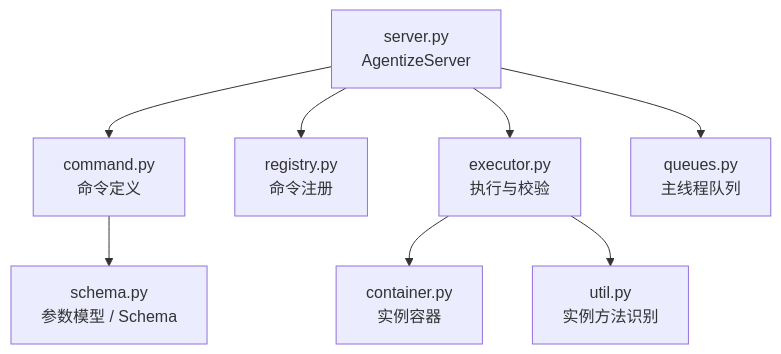
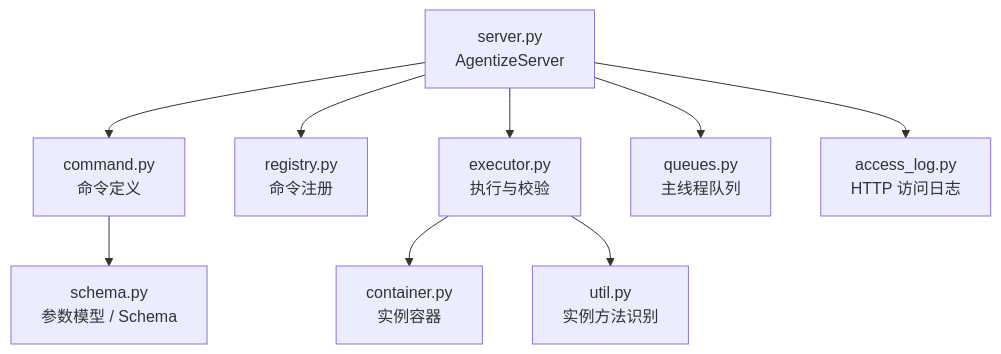
The diagram in docs/development.md (ewoaoo/agentize-bridge), drawn with Mermaid before and after one commit. The commit also changed other lines of this file and 7 other files, not shown here.

````diff
--- a/docs/development.md
+++ b/docs/development.md
@@ -21,10 +22,11 @@
 ```mermaid
 flowchart TD
     server["server.py<br/>AgentizeServer"] --> command["command.py<br/>命令定义"]
     server --> registry["registry.py<br/>命令注册"]
     server --> executor["executor.py<br/>执行与校验"]
     server --> queues["queues.py<br/>主线程队列"]
+    server --> access_log["access_log.py<br/>HTTP 访问日志"]
     command --> schema["schema.py<br/>参数模型 / Schema"]
     executor --> container["container.py<br/>实例容器"]
     executor --> util["util.py<br/>实例方法识别"]
 ```
````
